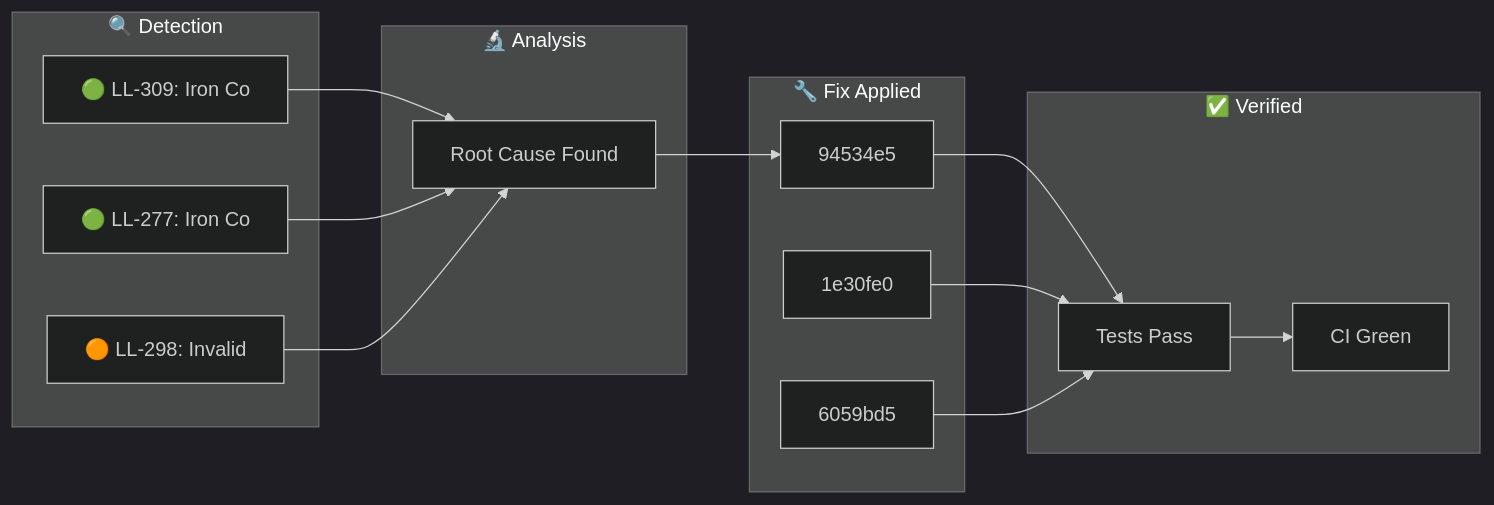
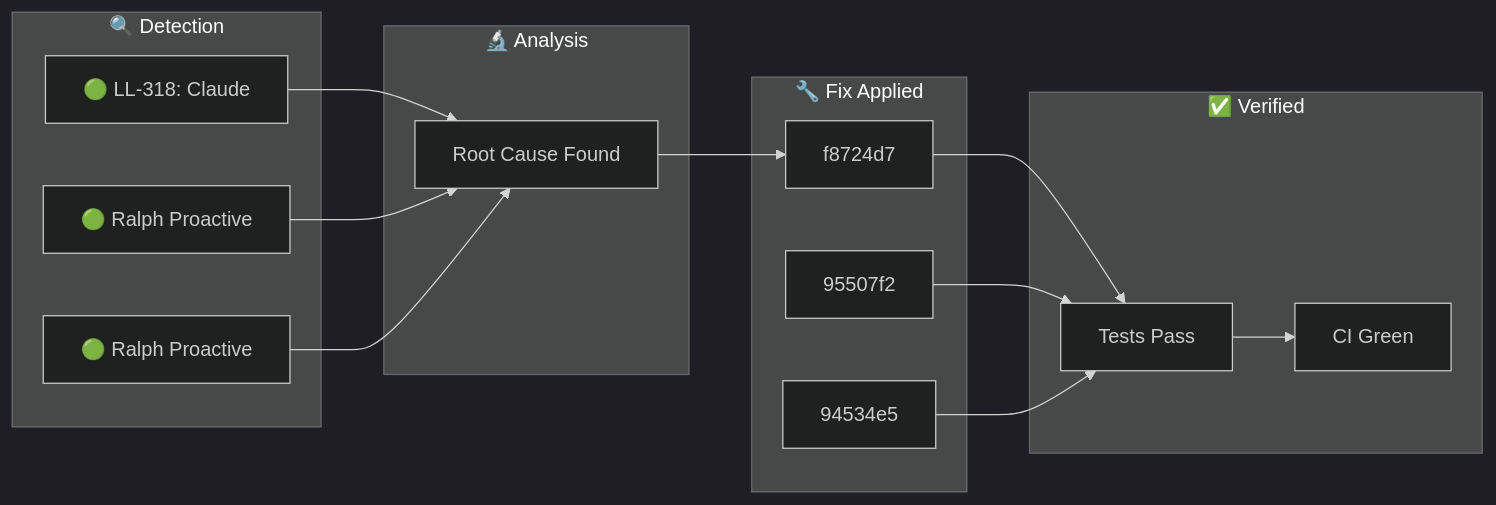
Before and after one commit to YoByron/trading: the diagram in docs/_posts/2026-01-28-ralph-discovery.md, drawn with Mermaid (dark theme). The commit also changed other lines of this file, not shown here.

Commit message:
docs(ralph): Auto-publish discovery blog post

````diff
--- a/docs/_posts/2026-01-28-ralph-discovery.md
+++ b/docs/_posts/2026-01-28-ralph-discovery.md
@@ -17,28 +17,28 @@
 ```mermaid
 flowchart LR
     subgraph Detection["🔍 Detection"]
-        D1["🟢 LL-309: Iron Co"]
-        D2["🟢 LL-277: Iron Co"]
-        D3["🟠 LL-298: Invalid"]
+        D1["🟢 LL-318: Claude "]
+        D2["🟢 Ralph Proactive"]
+        D3["🟢 Ralph Proactive"]
     end
     subgraph Analysis["🔬 Analysis"]
         A1["Root Cause Found"]
     end
     subgraph Fix["🔧 Fix Applied"]
-        F1["94534e5"]
-        F2["1e30fe0"]
-        F3["6059bd5"]
+        F1["f8724d7"]
+        F2["95507f2"]
+        F3["94534e5"]
     end
     subgraph Verify["✅ Verified"]
         V1["Tests Pass"]
         V2["CI Green"]
     end
     D1 --> A1
     D2 --> A1
     D3 --> A1
     A1 --> F1
     F1 --> V1
     F2 --> V1
     F3 --> V1
     V1 --> V2
 ```
````
